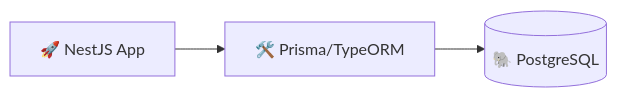
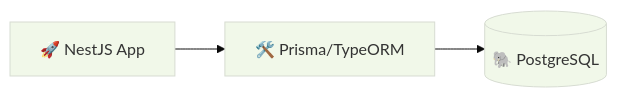
Before and after one commit to alvianzf/introduction-to-nest: the diagram in docs/adrs/0001-use-postgres.md, drawn with Mermaid. The commit also changed 2 other files, not shown here.

Commit message:
Enhance documentation visuals: Brighten Mermaid diagrams for better visibility

````diff
--- a/docs/adrs/0001-use-postgres.md
+++ b/docs/adrs/0001-use-postgres.md
@@ -15,5 +15,6 @@
 ```mermaid
+%%{init: {'theme': 'base', 'themeVariables': { 'primaryColor': '#f1f8e9', 'edgeColor': '#33691e', 'tertiaryColor': '#e1f5fe'}}}%%
 graph LR
     App[🚀 NestJS App] --> ORM[🛠️ Prisma/TypeORM]
     ORM --> DB[(🐘 PostgreSQL)]
 ```
````
